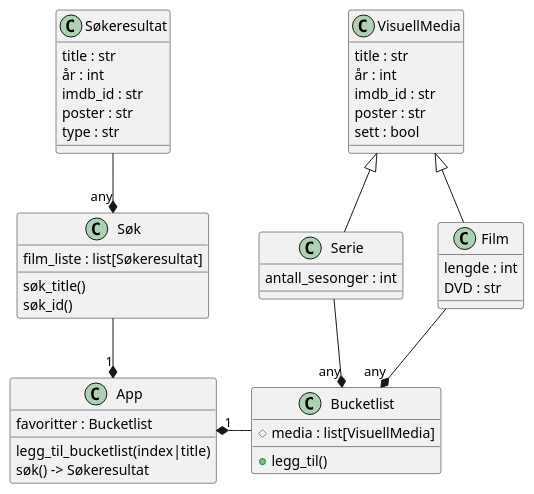
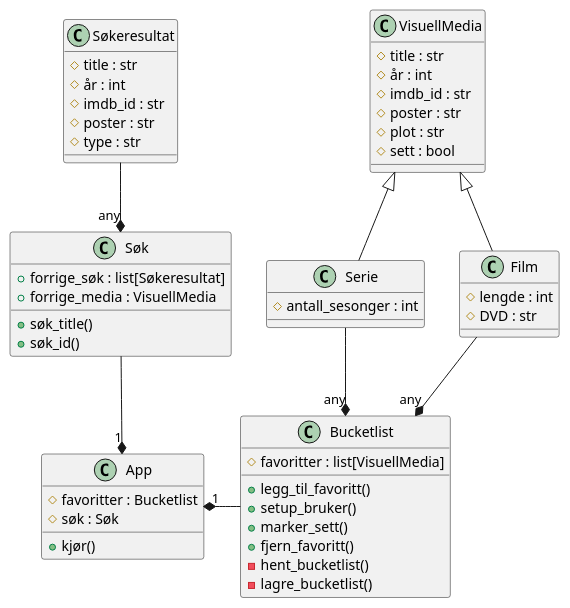
The diagram in IT2 kap 4/Argsflix bucket list/klassediagram.plantuml (ThatG0y/Skole-innleveringer), drawn with PlantUML before and after one commit. The commit also changed 2 other files, not shown here.

Commit message:
klassediagram

```diff
--- a/IT2 kap 4/Argsflix bucket list/klassediagram.plantuml
+++ b/IT2 kap 4/Argsflix bucket list/klassediagram.plantuml
@@ -1,49 +1,56 @@
 @startuml Argsflix
 class App{
-    favoritter : Bucketlist
-    legg_til_bucketlist(index|title)
-    søk() -> Søkeresultat
+    #favoritter : Bucketlist
+    #søk : Søk
+    +kjør()
 }
 class VisuellMedia{
-    title : str
-    år : int
-    imdb_id : str
-    poster : str
-    sett : bool
+    #title : str
+    #år : int
+    #imdb_id : str
+    #poster : str
+    #plot : str
+    #sett : bool
 }
 
 class Film{
-    lengde : int
-    DVD : str
+    #lengde : int
+    #DVD : str
 }
 
 class Serie{
-    antall_sesonger : int
+    #antall_sesonger : int
 }
 class Bucketlist{
-    #media : list[VisuellMedia]
-    +legg_til()
+    #favoritter : list[VisuellMedia]
+    +legg_til_favoritt()
+    +setup_bruker()
+    +marker_sett()
+    +fjern_favoritt()
+    -hent_bucketlist()
+    -lagre_bucketlist()
 }
 
 class Søkeresultat{
-    title : str
-    år : int
-    imdb_id : str
-    poster : str
-    type : str
+    #title : str
+    #år : int
+    #imdb_id : str
+    #poster : str
+    #type : str
 }
 
 class Søk{
-    film_liste : list[Søkeresultat]
-    søk_title()
-    søk_id()
+    +søk_title()
+    +søk_id()
+    +forrige_søk : list[Søkeresultat]
+    +forrige_media : VisuellMedia
 }
 
 VisuellMedia <|-down- Film
 VisuellMedia <|-down- Serie
 Bucketlist "any" *-up- Film
 Bucketlist "any" *-up- Serie
 App "1" *-up- Søk
 Søk "any" *-up- Søkeresultat
 App "1" *-right- Bucketlist
 @enduml
```
